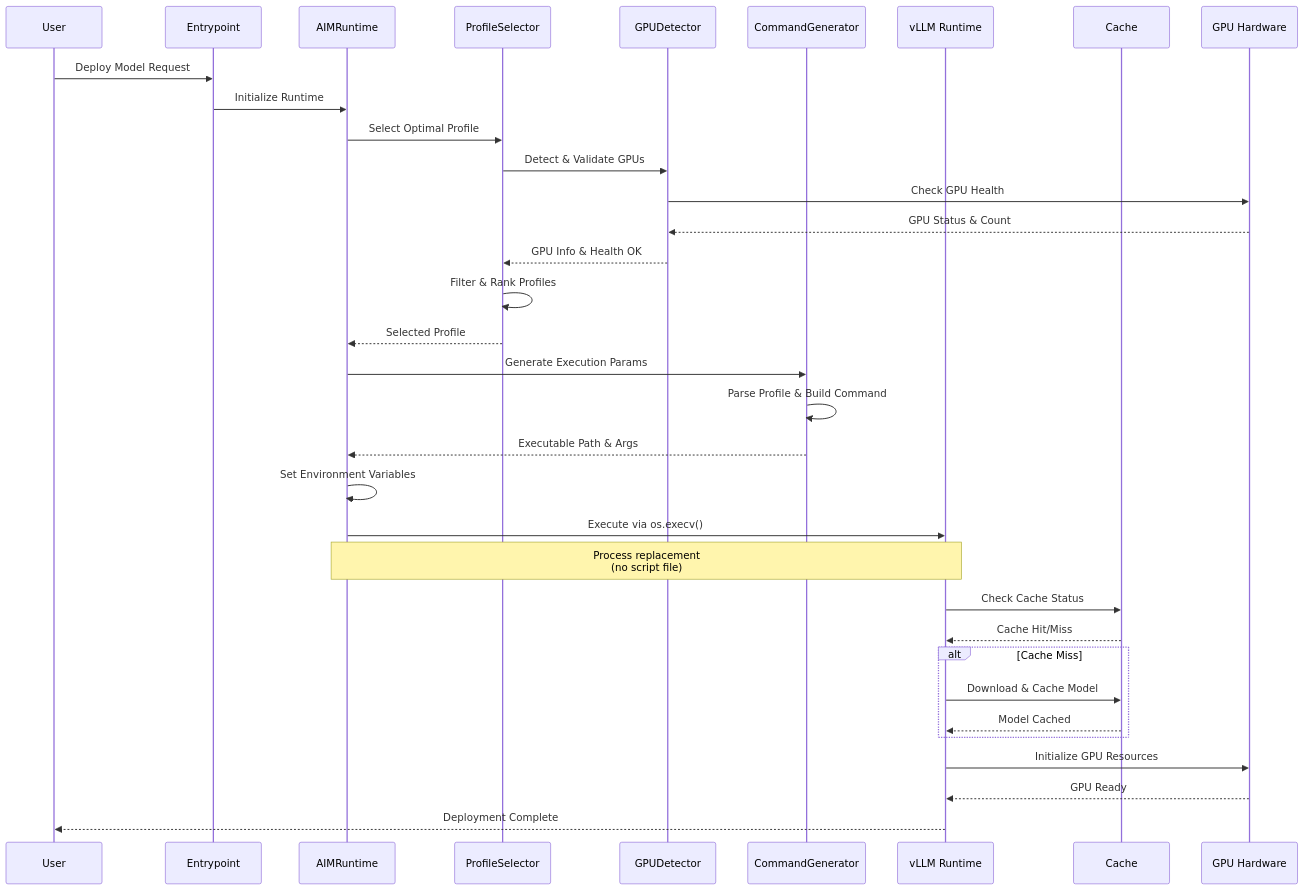
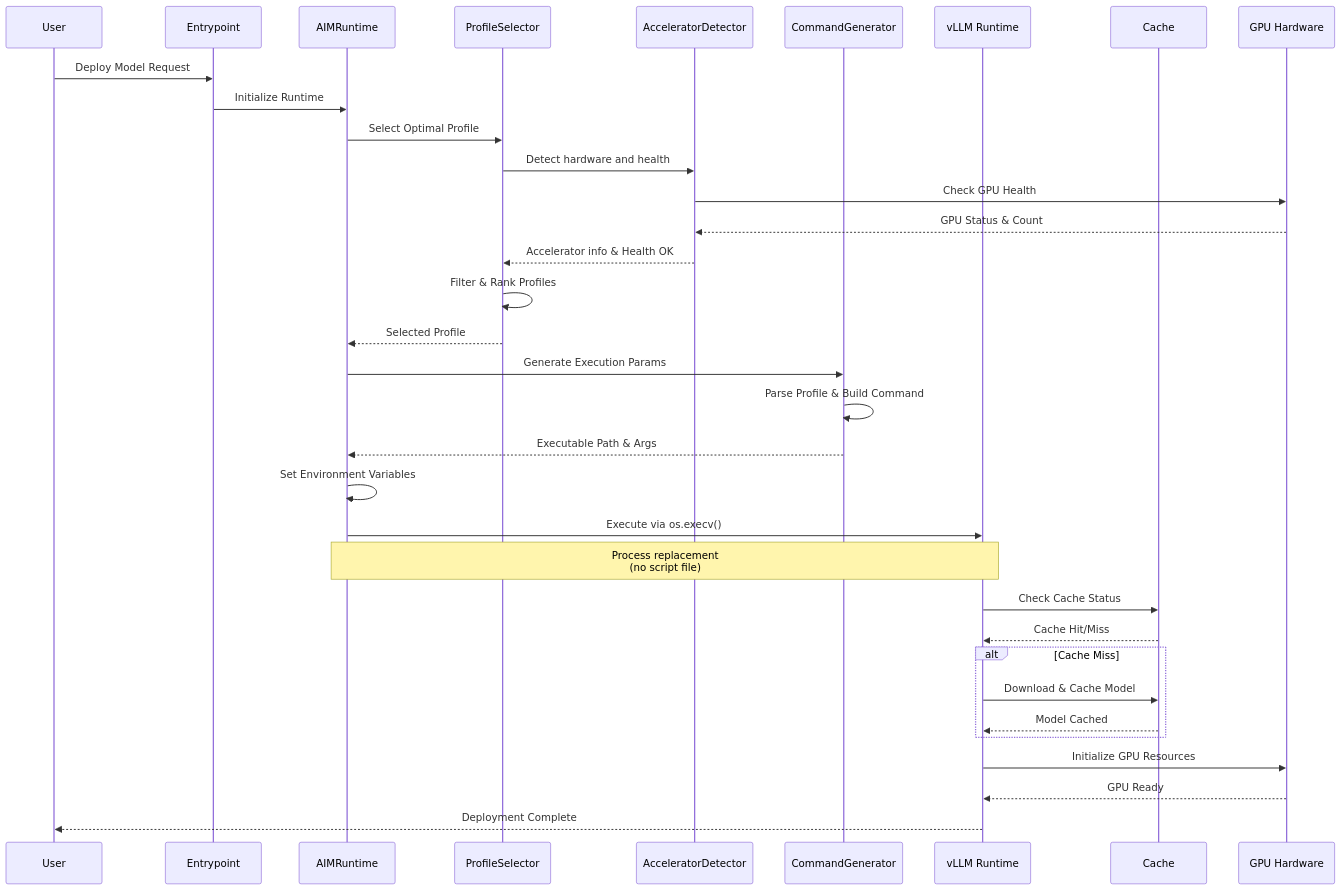
One commit to amd-enterprise-ai/aim-build changed the diagram in docs/aim_architecture.md. Above: the diagram before and after it, drawn with Mermaid. The commit also changed other lines of this file and 995 other files, not shown here.

````diff
--- a/docs/aim_architecture.md
+++ b/docs/aim_architecture.md
@@ -377,41 +409,41 @@
 ```mermaid
 sequenceDiagram
     participant U as User
     participant E as Entrypoint
     participant R as AIMRuntime
     participant PS as ProfileSelector
-    participant GD as GPUDetector
+    participant AD as AcceleratorDetector
     participant CG as CommandGenerator
     participant V as vLLM Runtime
     participant C as Cache
     participant G as GPU Hardware
 
     U->>E: Deploy Model Request
     E->>R: Initialize Runtime
     R->>PS: Select Optimal Profile
-    PS->>GD: Detect & Validate GPUs
-    GD->>G: Check GPU Health
-    G-->>GD: GPU Status & Count
-    GD-->>PS: GPU Info & Health OK
+    PS->>AD: Detect hardware and health
+    AD->>G: Check GPU Health
+    G-->>AD: GPU Status & Count
+    AD-->>PS: Accelerator info & Health OK
     PS->>PS: Filter & Rank Profiles
     PS-->>R: Selected Profile
 
     R->>CG: Generate Execution Params
     CG->>CG: Parse Profile & Build Command
     CG-->>R: Executable Path & Args
     R->>R: Set Environment Variables
 
     R->>V: Execute via os.execv()
     Note over R,V: Process replacement<br/>(no script file)
     V->>C: Check Cache Status
     C-->>V: Cache Hit/Miss
 
     alt Cache Miss
         V->>C: Download & Cache Model
         C-->>V: Model Cached
     end
 
     V->>G: Initialize GPU Resources
     G-->>V: GPU Ready
     V-->>U: Deployment Complete
 ```
````
